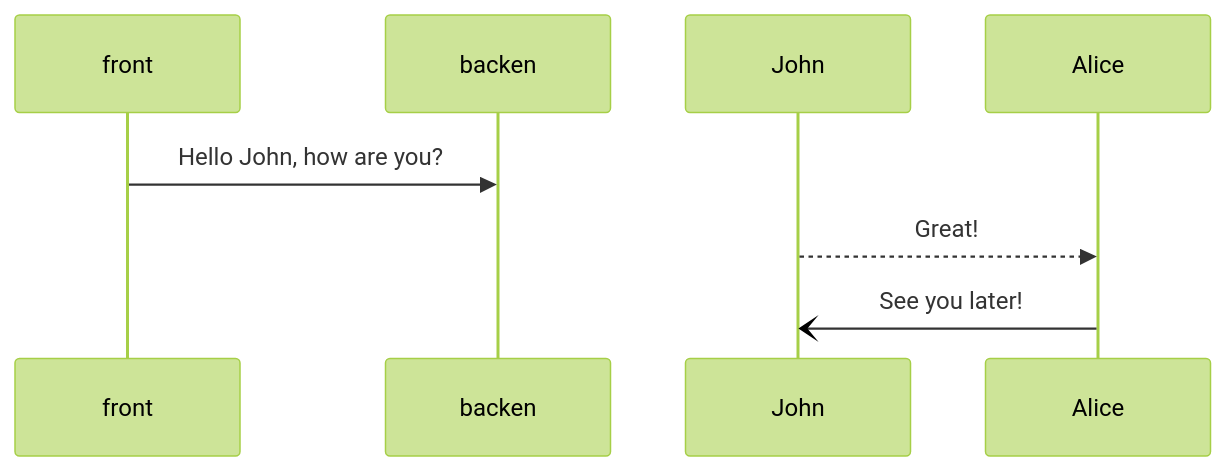
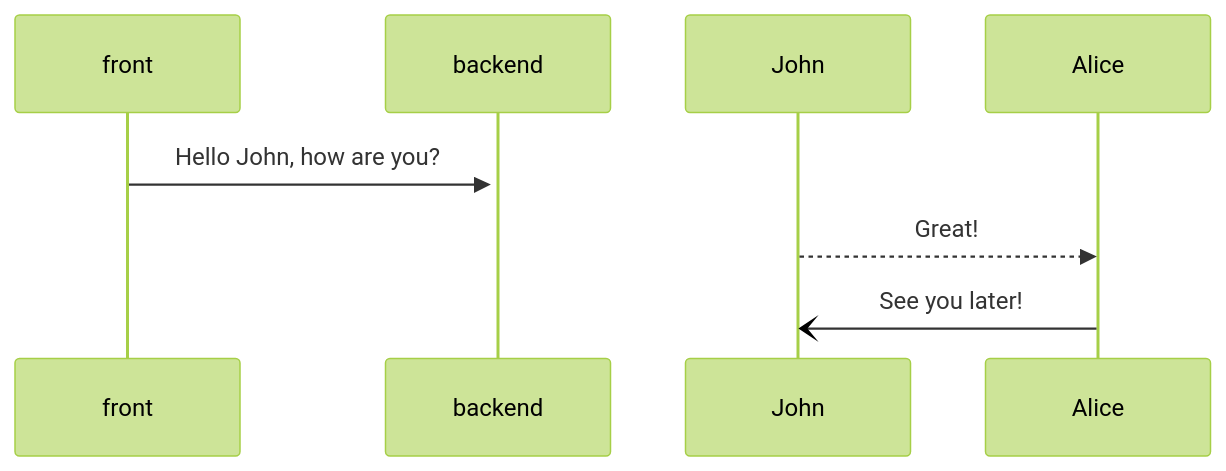
One commit to yingjianzh/iodraw-files changed the diagram in all/未命名-4.md. Above: the diagram before and after it, drawn with Mermaid (forest theme).

Commit message:
2024-08-05 11:11:56 update

````diff
--- a/all/未命名-4.md
+++ b/all/未命名-4.md
@@ -1,6 +1,6 @@
 ```mermaid
 sequenceDiagram
-    front->>backen: Hello John, how are you?
+    front->>+backend: Hello John, how are you?
     John-->>Alice: Great!
     Alice-)John: See you later!
 ```
````
